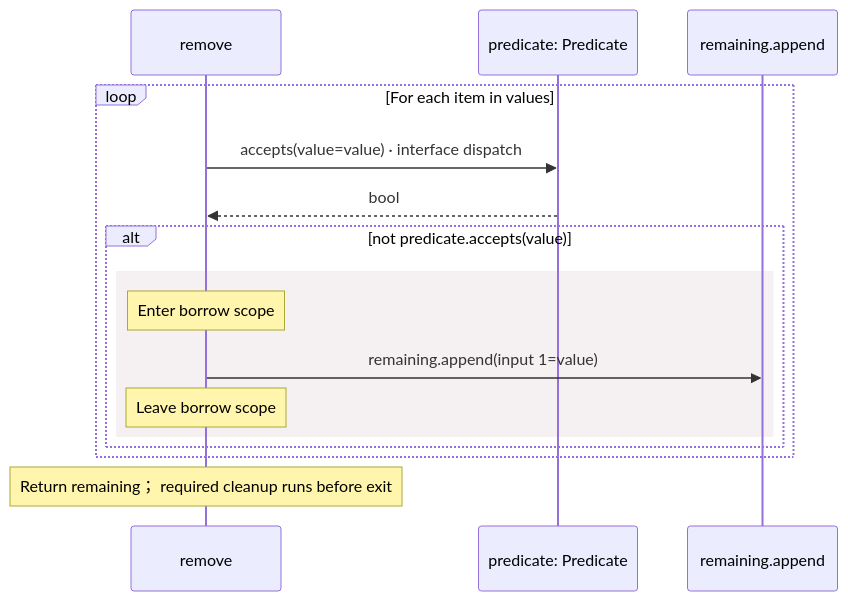
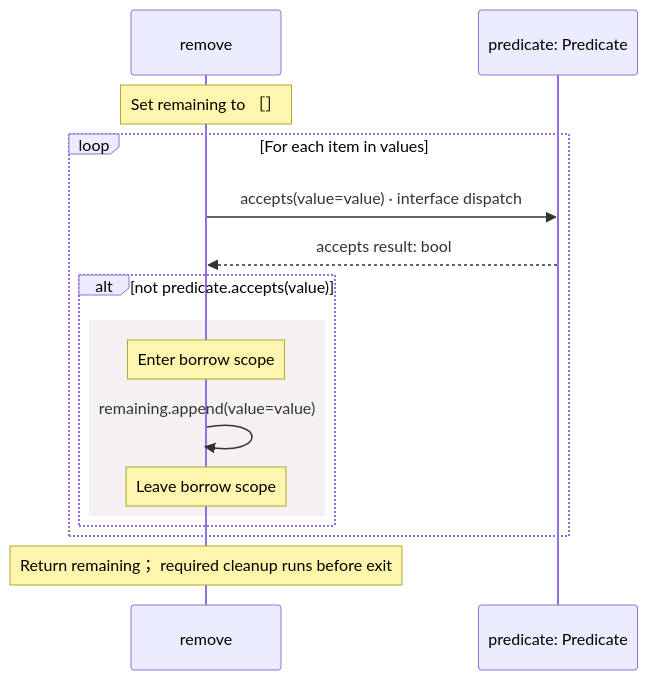
One commit to GreenPandaStudios/augscript changed diagram 14 of 21 in src/stdlib/collections/operations.aug.diagrams.md. Above: the diagram before and after it, drawn with Mermaid. The commit also changed other lines of this file and 304 other files, not shown here.

Commit message:
Make generated data-flow sequences concise and review every diagram

````diff
--- a/src/stdlib/collections/operations.aug.diagrams.md
+++ b/src/stdlib/collections/operations.aug.diagrams.md
@@ -177,18 +208,18 @@
 ```mermaid
 sequenceDiagram
     participant p0 as remove
     participant p1 as predicate: Predicate
-    participant p2 as remaining.append
+    Note over p0: Set remaining to ［］
     loop For each item in values
     p0->>p1: accepts(value=value) · interface dispatch
-    p1-->>p0: bool
+    p1-->>p0: accepts result: bool
     alt not predicate.accepts(value)
     rect rgb(245, 240, 241)
     Note over p0: Enter borrow scope
-    p0->>p2: remaining.append(input 1=value)
+    p0->>p0: remaining.append(value=value)
     Note over p0: Leave borrow scope
     end
     end
     end
     Note over p0: Return remaining； required cleanup runs before exit
 ```
````
